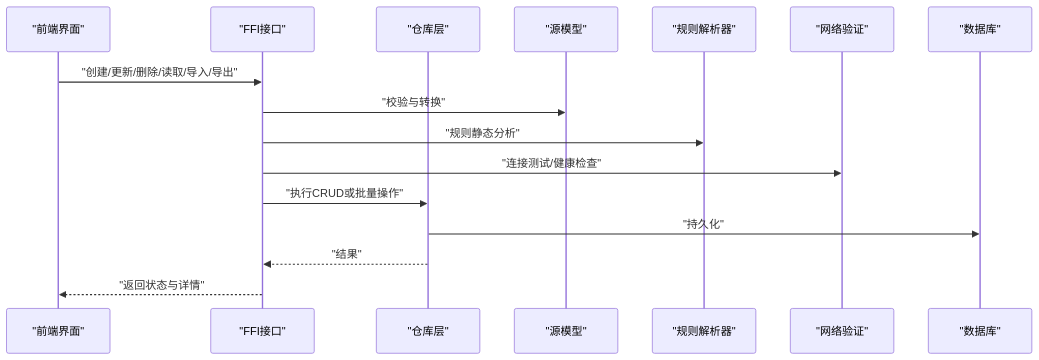
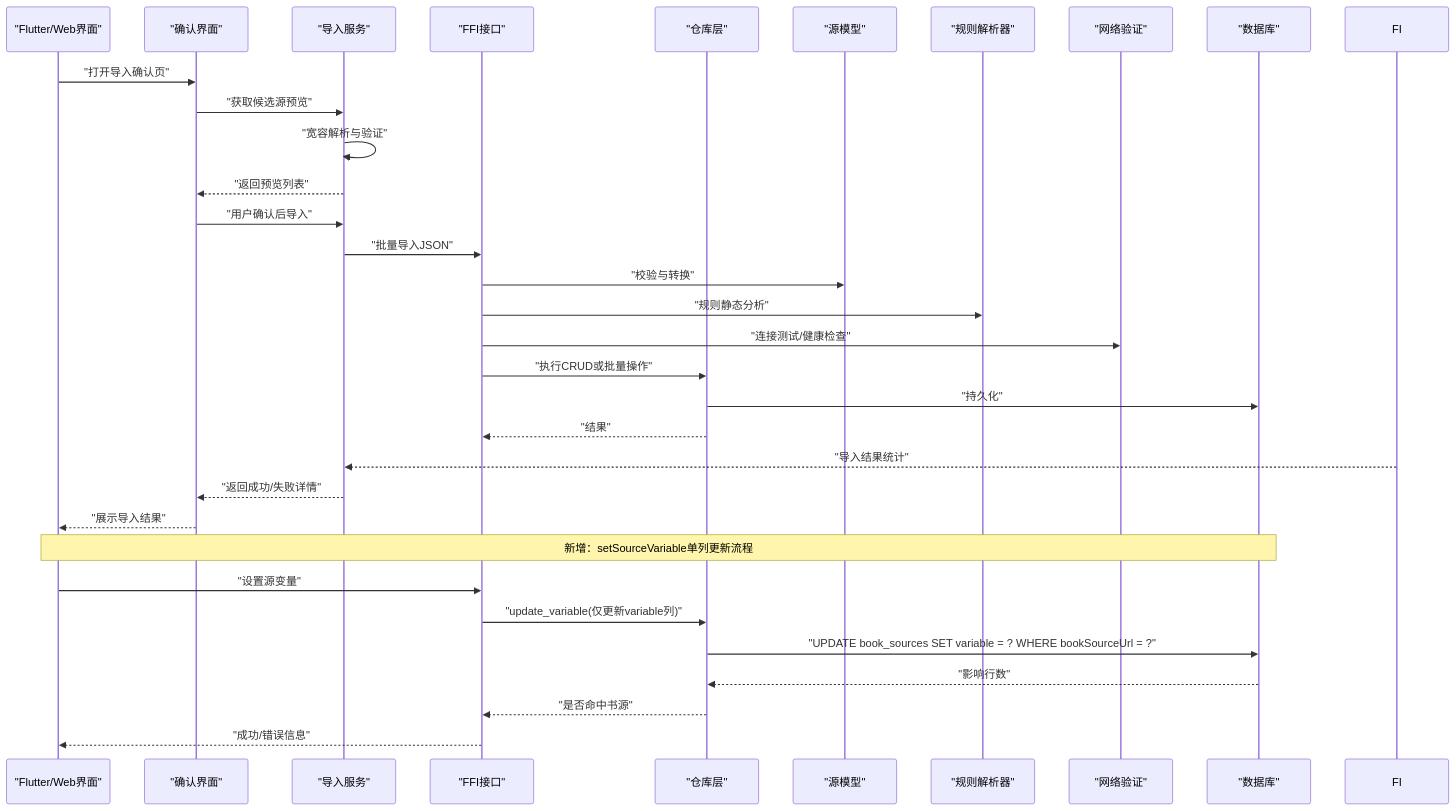
Before and after one commit to ZhangGHGitHub/LegadoTeamFlutter: the second of 8 diagrams in .qoder/repowiki/zh/content/项目概述/核心功能特性/网络源系统/源管理功能.md, drawn with Mermaid. The commit also changed other lines of this file and 173 other files, not shown here.

````diff
--- a/.qoder/repowiki/zh/content/项目概述/核心功能特性/网络源系统/源管理功能.md
+++ b/.qoder/repowiki/zh/content/项目概述/核心功能特性/网络源系统/源管理功能.md
@@ -184,18 +230,34 @@
 ```mermaid
 sequenceDiagram
-participant UI as "前端界面"
+participant UI as "Flutter/Web界面"
+participant Confirm as "确认界面"
+participant Service as "导入服务"
 participant FFI as "FFI接口"
 participant Repo as "仓库层"
 participant Model as "源模型"
 participant Parser as "规则解析器"
 participant Net as "网络验证"
 participant DB as "数据库"
-UI->>FFI : "创建/更新/删除/读取/导入/导出"
+UI->>Confirm : "打开导入确认页"
+Confirm->>Service : "获取候选源预览"
+Service->>Service : "宽容解析与验证"
+Service-->>Confirm : "返回预览列表"
+Confirm->>Service : "用户确认后导入"
+Service->>FFI : "批量导入JSON"
 FFI->>Model : "校验与转换"
 FFI->>Parser : "规则静态分析"
 FFI->>Net : "连接测试/健康检查"
 FFI->>Repo : "执行CRUD或批量操作"
 Repo->>DB : "持久化"
 Repo-->>FFI : "结果"
-FFI-->>UI : "返回状态与详情"
+FI-->>Service : "导入结果统计"
+Service-->>Confirm : "返回成功/失败详情"
+Confirm-->>UI : "展示导入结果"
+Note over UI,DB : 新增：setSourceVariable单列更新流程
+UI->>FFI : "设置源变量"
+FFI->>Repo : "update_variable(仅更新variable列)"
+Repo->>DB : "UPDATE book_sources SET variable = ? WHERE bookSourceUrl = ?"
+DB-->>Repo : "影响行数"
+Repo-->>FFI : "是否命中书源"
+FFI-->>UI : "成功/错误信息"
 ```
````
